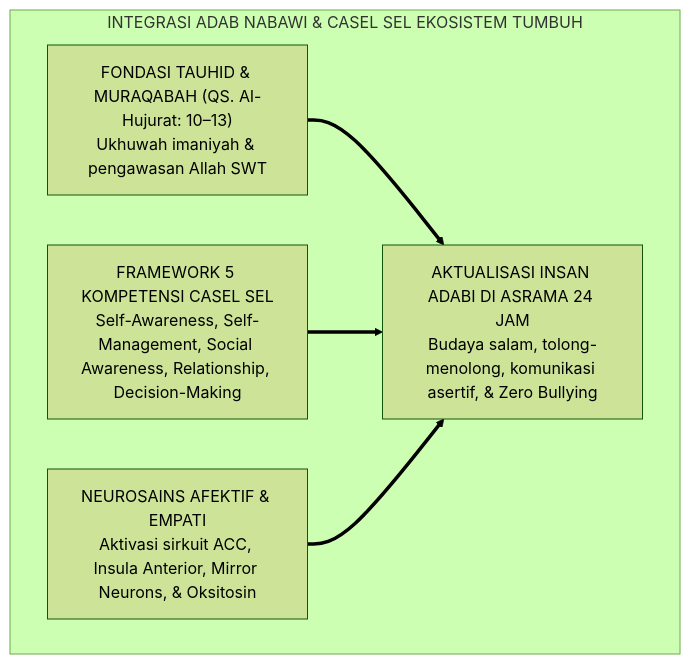
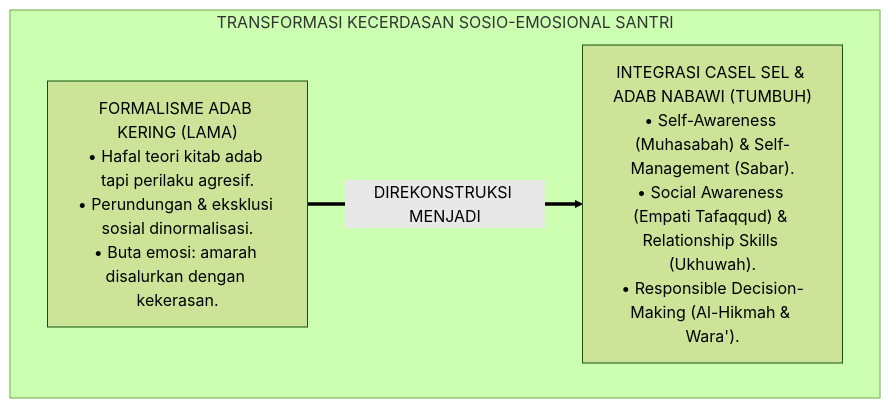
Before and after one commit to wandiapriliyandi/tumbuh: the first of 4 diagrams in 01 Philosophy/03 Human Development/P1-03-04-Integrasi-SEL-dan-Karakter-Santri.md, drawn with Mermaid (forest theme). The commit also changed other lines of this file and 7 other files, not shown here.

````diff
--- a/01 Philosophy/03 Human Development/P1-03-04-Integrasi-SEL-dan-Karakter-Santri.md
+++ b/01 Philosophy/03 Human Development/P1-03-04-Integrasi-SEL-dan-Karakter-Santri.md
@@ -65,16 +55,10 @@
 ```mermaid
 flowchart TD
-    subgraph IntegrasiSELTUMBUH["INTEGRASI ADAB NABAWI & CASEL SEL EKOSISTEM TUMBUH"]
-        Tauhid["FONDASI TAUHID & MURAQABAH (QS. Al-Hujurat: 10–13)<br/>Ukhuwah imaniyah & pengawasan Allah SWT"]
+    subgraph TransformasiKecerdasanEmosi["TRANSFORMASI KECERDASAN SOSIO-EMOSIONAL SANTRI"]
+        PolaFormalistikLama["FORMALISME ADAB KERING (LAMA)<br/>• Hafal teori kitab adab tapi perilaku agresif.<br/>• Perundungan & eksklusi sosial dinormalisasi.<br/>• Buta emosi: amarah disalurkan dengan kekerasan."]
         
-        CASEL["FRAMEWORK 5 KOMPETENSI CASEL SEL<br/>Self-Awareness, Self-Management, Social Awareness, Relationship, Decision-Making"]
+        PolaSELTUMBUH["INTEGRASI CASEL SEL & ADAB NABAWI (TUMBUH)<br/>• Self-Awareness (Muhasabah) & Self-Management (Sabar).<br/>• Social Awareness (Empati Tafaqqud) & Relationship Skills (Ukhuwah).<br/>• Responsible Decision-Making (Al-Hikmah & Wara')."]
         
-        Neurosains["NEUROSAINS AFEKTIF & EMPATI<br/>Aktivasi sirkuit ACC, Insula Anterior, Mirror Neurons, & Oksitosin"]
-        
-        KarakterAdab["AKTUALISASI INSAN ADABI DI ASRAMA 24 JAM<br/>Budaya salam, tolong-menolong, komunikasi asertif, & Zero Bullying"]
-        
-        Tauhid ==> KarakterAdab
-        CASEL ==> KarakterAdab
-        Neurosains ==> KarakterAdab
+        PolaFormalistikLama ==>|DIREKONSTRUKSI MENJADI| PolaSELTUMBUH
     end
 ```
````
